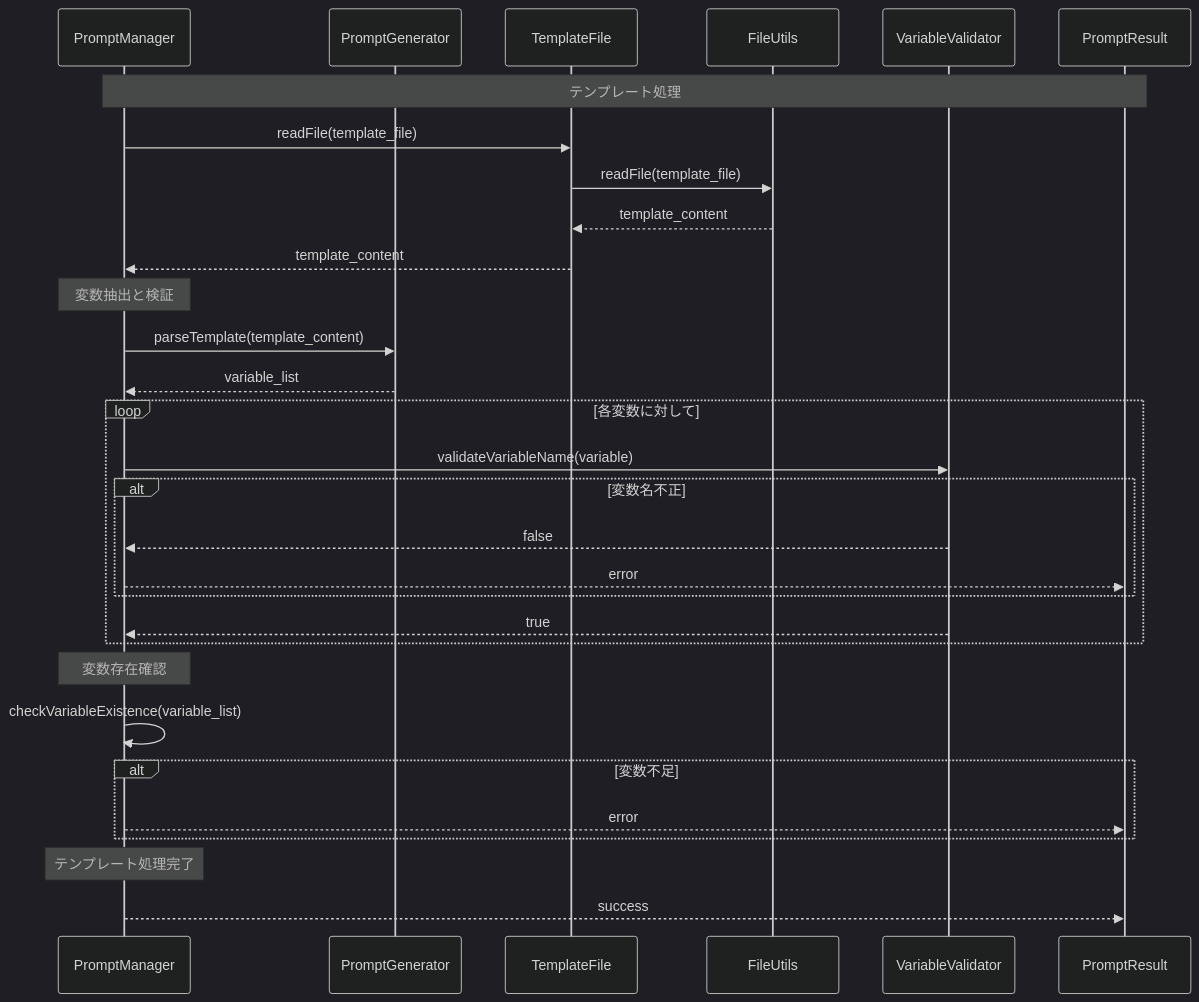
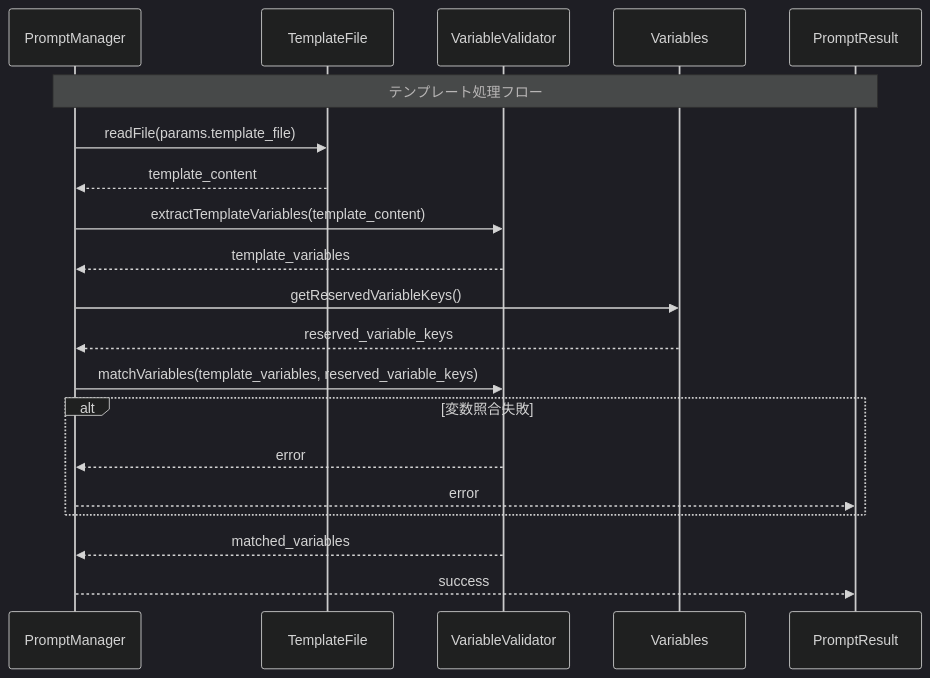
One commit to tettuan/breakdownprompt changed the diagram in docs/uml/sequence_template_processing.md. Above: the diagram before and after it, drawn with Mermaid (dark theme). The commit also changed other lines of this file and 11 other files, not shown here.

Commit message:
docs: update UML diagrams to reflect unified variable concepts and validation responsibilities

````diff
--- a/docs/uml/sequence_template_processing.md
+++ b/docs/uml/sequence_template_processing.md
@@ -5,37 +5,27 @@
 ```mermaid
 sequenceDiagram
     participant PromptManager
-    participant PromptGenerator
     participant TemplateFile
-    participant FileUtils
     participant VariableValidator
+    participant Variables
     participant PromptResult
 
-    Note over PromptManager,PromptResult: テンプレート処理
-    PromptManager->>TemplateFile: readFile(template_file)
-    TemplateFile->>FileUtils: readFile(template_file)
-    FileUtils-->>TemplateFile: template_content
+    Note over PromptManager,PromptResult: テンプレート処理フロー
+    PromptManager->>TemplateFile: readFile(params.template_file)
     TemplateFile-->>PromptManager: template_content
 
-    Note over PromptManager: 変数抽出と検証
-    PromptManager->>PromptGenerator: parseTemplate(template_content)
-    PromptGenerator-->>PromptManager: variable_list
+    PromptManager->>VariableValidator: extractTemplateVariables(template_content)
+    VariableValidator-->>PromptManager: template_variables
 
-    loop 各変数に対して
-        PromptManager->>VariableValidator: validateVariableName(variable)
-        alt 変数名不正
-            VariableValidator-->>PromptManager: false
-            PromptManager-->>PromptResult: error
-        end
-        VariableValidator-->>PromptManager: true
-    end
+    PromptManager->>Variables: getReservedVariableKeys()
+    Variables-->>PromptManager: reserved_variable_keys
 
-    Note over PromptManager: 変数存在確認
-    PromptManager->>PromptManager: checkVariableExistence(variable_list)
-    alt 変数不足
+    PromptManager->>VariableValidator: matchVariables(template_variables, reserved_variable_keys)
+    alt 変数照合失敗
+        VariableValidator-->>PromptManager: error
         PromptManager-->>PromptResult: error
     end
+    VariableValidator-->>PromptManager: matched_variables
 
-    Note over PromptManager: テンプレート処理完了
     PromptManager-->>PromptResult: success
 ``` 
````
